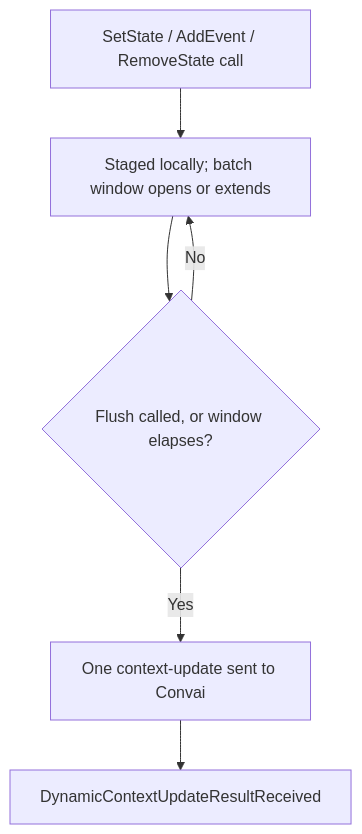
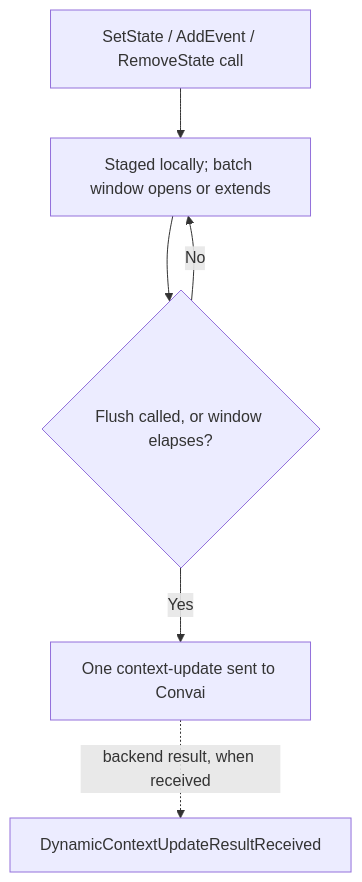
The diagram in plugins-and-integrations/convai-unity-sdk/features/dynamic-context/how-dynamic-context-works.md (Conv-AI/Convai-Documentation), drawn with Mermaid before and after one commit. The commit also changed other lines of this file and 118 other files, not shown here.

````diff
--- a/plugins-and-integrations/convai-unity-sdk/features/dynamic-context/how-dynamic-context-works.md
+++ b/plugins-and-integrations/convai-unity-sdk/features/dynamic-context/how-dynamic-context-works.md
@@ -87,8 +87,8 @@
 ```mermaid
 graph TD
     A["SetState / AddEvent / RemoveState call"] --> B["Staged locally; batch window opens or extends"]
     B --> C{"Flush called, or window elapses?"}
     C -->|No| B
     C -->|Yes| D["One context-update sent to Convai"]
-    D --> E["DynamicContextUpdateResultReceived"]
+    D -. backend result, when received .-> E["DynamicContextUpdateResultReceived"]
 ```
````
